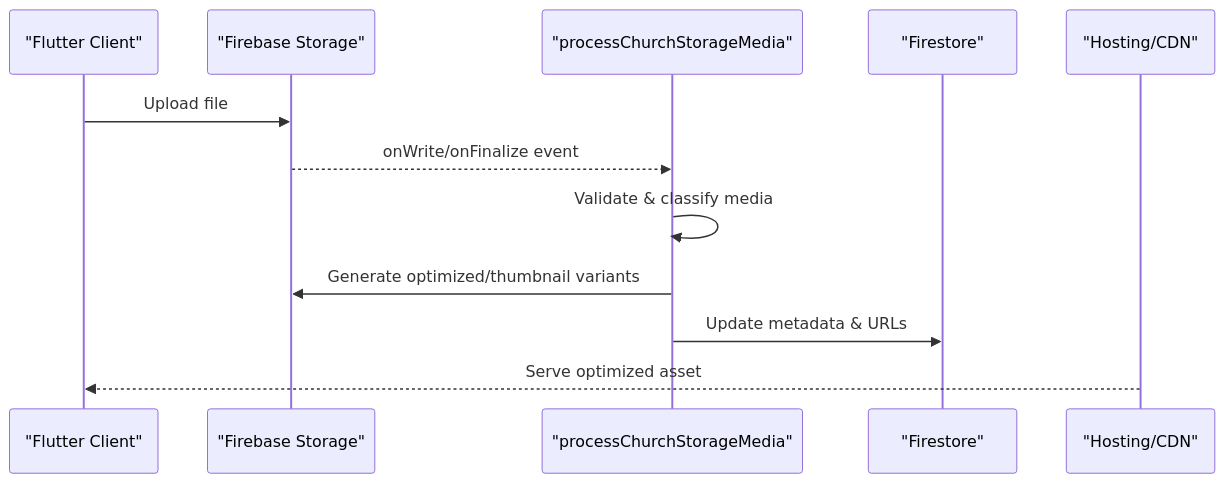
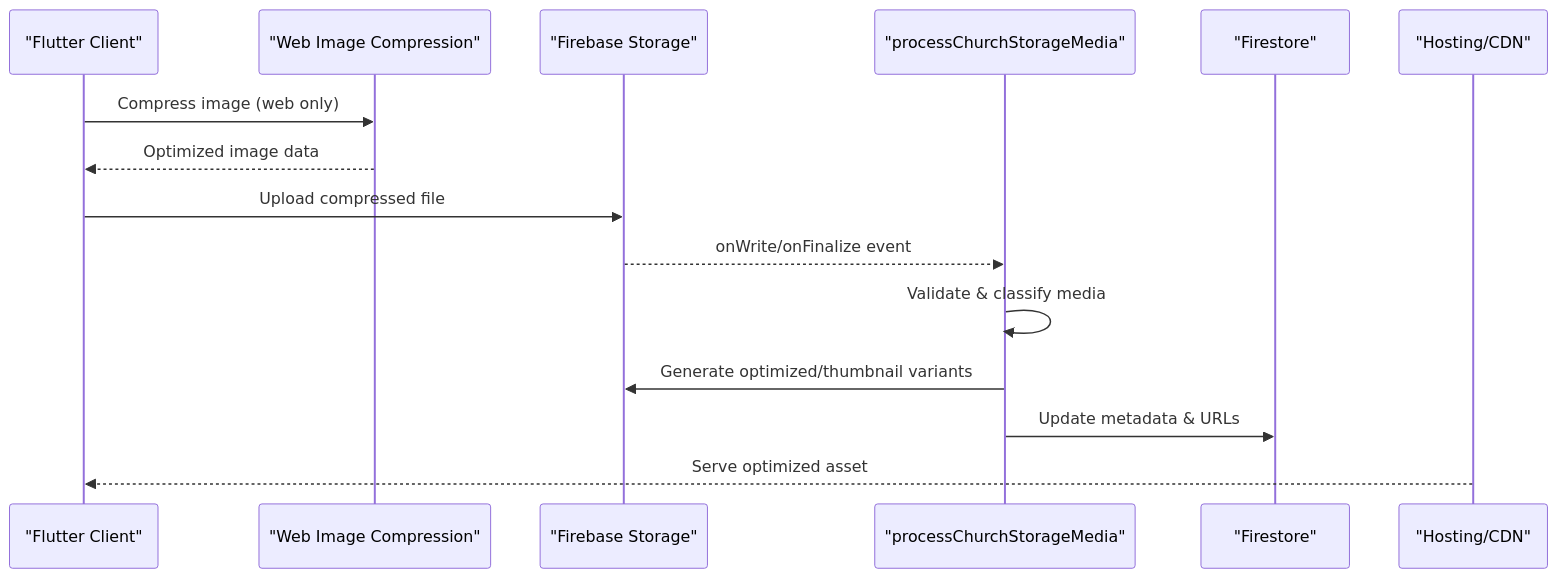
One commit to raihom-netizen/com.gestaoyahwehios.app changed the second of 15 diagrams in .qoder/repowiki/en/content/Media Management/Media Management.md. Above: the diagram before and after it, drawn with Mermaid. The commit also changed other lines of this file and 504 other files, not shown here.

````diff
--- a/.qoder/repowiki/en/content/Media Management/Media Management.md
+++ b/.qoder/repowiki/en/content/Media Management/Media Management.md
@@ -118,14 +139,17 @@
 ```mermaid
 sequenceDiagram
 participant Client as "Flutter Client"
+participant WebComp as "Web Image Compression"
 participant Storage as "Firebase Storage"
 participant FuncProc as "processChurchStorageMedia"
 participant DB as "Firestore"
 participant Hosting as "Hosting/CDN"
-Client->>Storage : Upload file
+Client->>WebComp : Compress image (web only)
+WebComp-->>Client : Optimized image data
+Client->>Storage : Upload compressed file
 Storage-->>FuncProc : onWrite/onFinalize event
 FuncProc->>FuncProc : Validate & classify media
 FuncProc->>Storage : Generate optimized/thumbnail variants
 FuncProc->>DB : Update metadata & URLs
 Hosting-->>Client : Serve optimized asset
 ```
````
